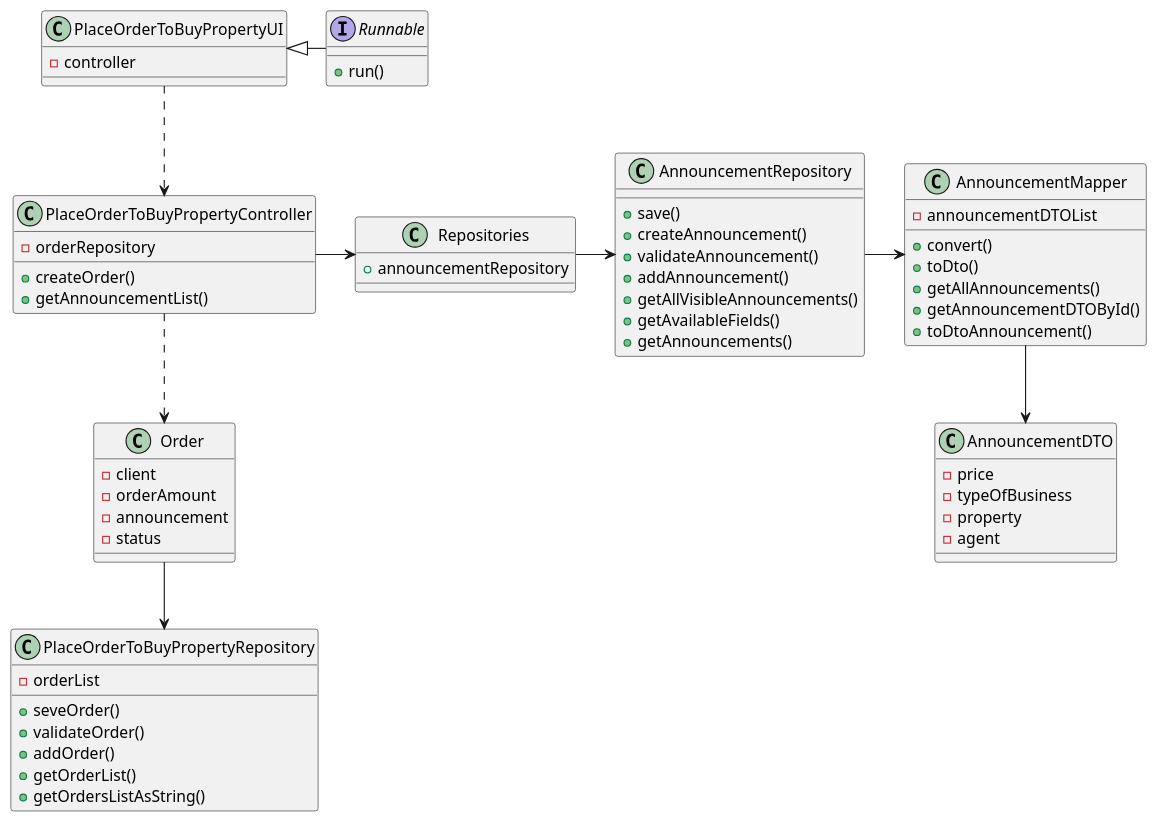
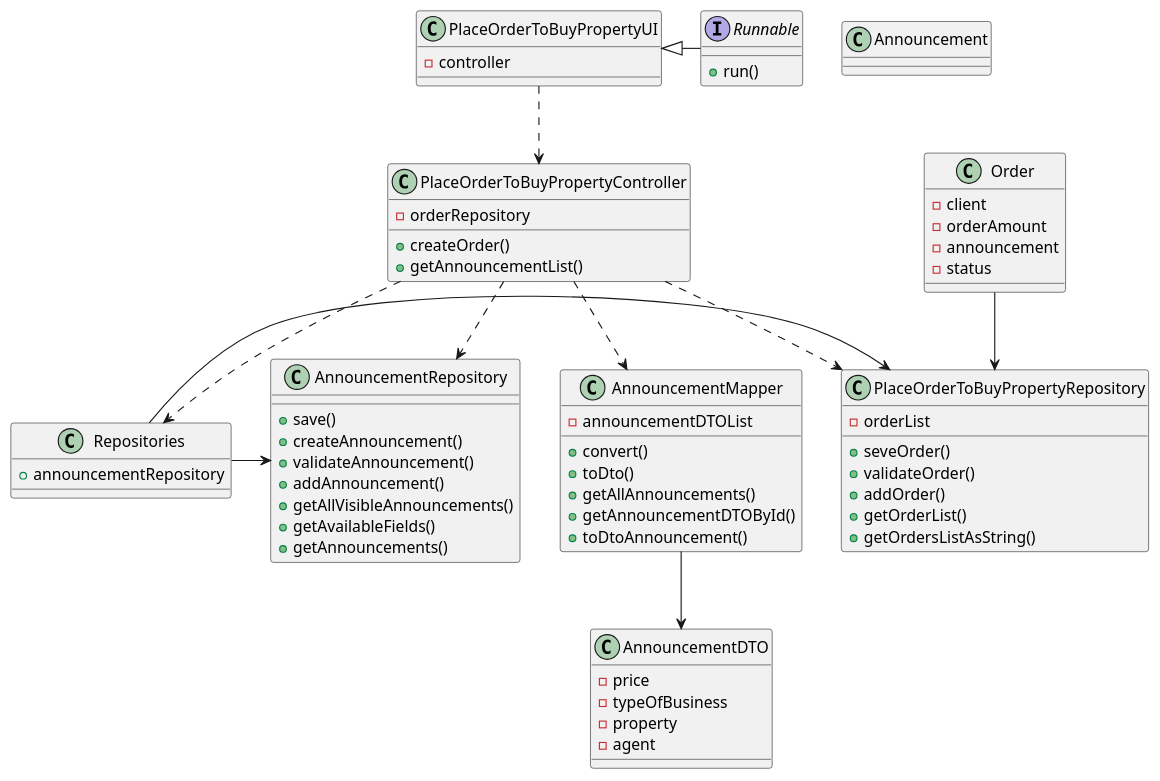
One commit to tiagohcorreia/LAPR2 changed the diagram in docs/sprintD/US010/03.design/puml/CD.puml. Above: the diagram before and after it, drawn with PlantUML. The commit also changed 10 other files, not shown here.

```diff
--- a/docs/sprintD/US010/03.design/puml/CD.puml
+++ b/docs/sprintD/US010/03.design/puml/CD.puml
@@ -1,83 +1,89 @@
 @startuml
 
 interface Runnable {
 
     + run()
 }
 
 class PlaceOrderToBuyPropertyUI {
 
     - controller
 }
 
 class PlaceOrderToBuyPropertyController {
 
     - orderRepository
     + createOrder()
     + getAnnouncementList()
 }
 
 class Order {
 
     - client
     - orderAmount
     - announcement
     - status
 }
 
 class PlaceOrderToBuyPropertyRepository {
 
     - orderList
     + seveOrder()
     + validateOrder()
     + addOrder()
     + getOrderList()
     + getOrdersListAsString()
 }
 
 class AnnouncementRepository {
 
     + save()
     + createAnnouncement()
     + validateAnnouncement()
     + addAnnouncement()
     + getAllVisibleAnnouncements()
     + getAvailableFields()
     + getAnnouncements()
 }
 
 class AnnouncementDTO {
 
     - price
     - typeOfBusiness
     - property
     - agent
 }
 
 class AnnouncementMapper {
 
     - announcementDTOList
     + convert()
     + toDto()
     + getAllAnnouncements()
     + getAnnouncementDTOById()
     + toDtoAnnouncement()
 }
 
 class Repositories {
 
     + announcementRepository
 }
 
+class Announcement {
+
+}
+
 
 
 Runnable -left-|> PlaceOrderToBuyPropertyUI
 PlaceOrderToBuyPropertyUI ..> PlaceOrderToBuyPropertyController
-PlaceOrderToBuyPropertyController -> Repositories
+PlaceOrderToBuyPropertyController ..> Repositories
+PlaceOrderToBuyPropertyController ..> AnnouncementRepository
 Repositories -> AnnouncementRepository
-AnnouncementRepository -> AnnouncementMapper
+Repositories -> PlaceOrderToBuyPropertyRepository
+PlaceOrderToBuyPropertyController ..> AnnouncementMapper
+PlaceOrderToBuyPropertyController ..> PlaceOrderToBuyPropertyRepository
 AnnouncementMapper --> AnnouncementDTO
-PlaceOrderToBuyPropertyController ..> Order
 Order --> PlaceOrderToBuyPropertyRepository
 
 @enduml
```
